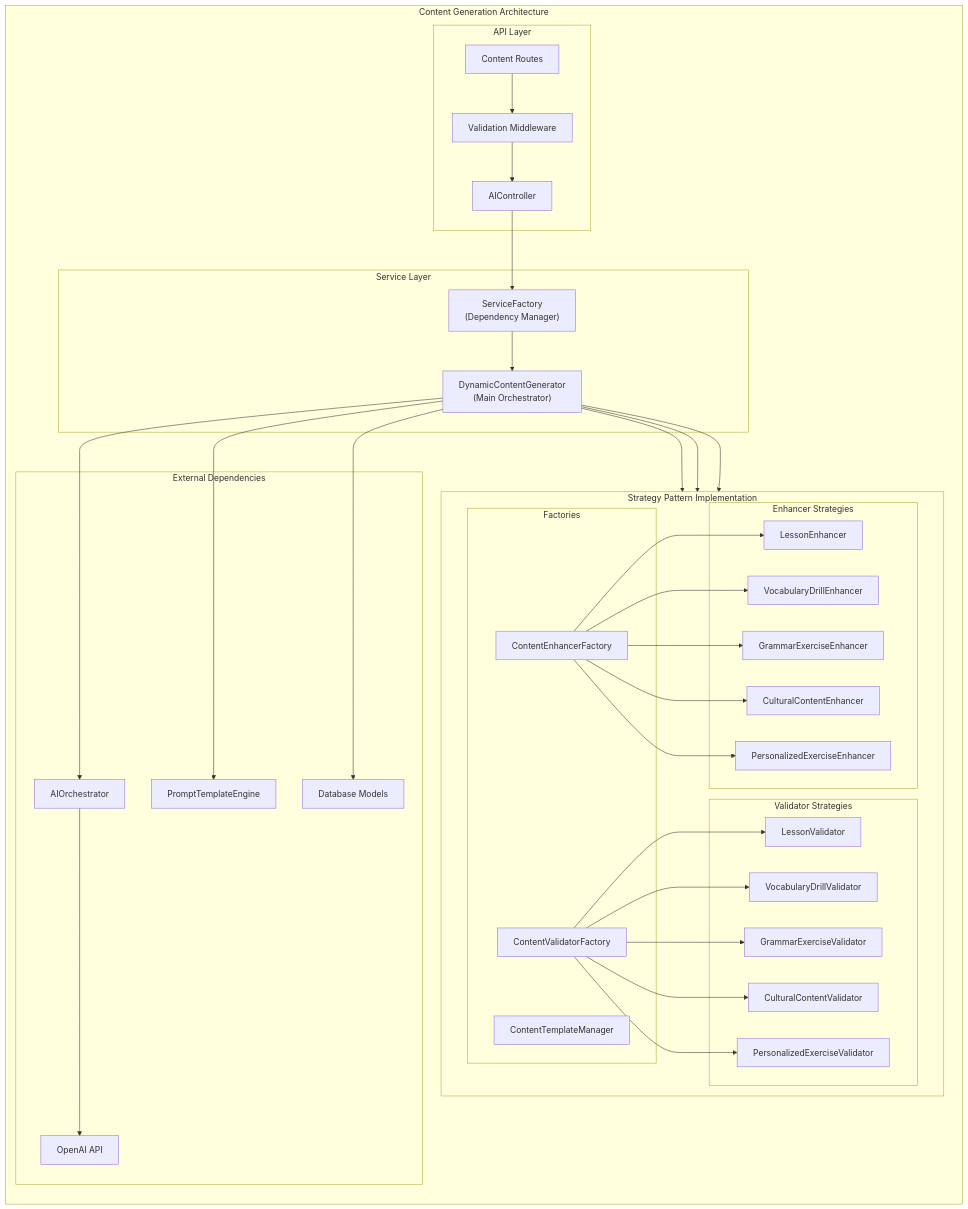
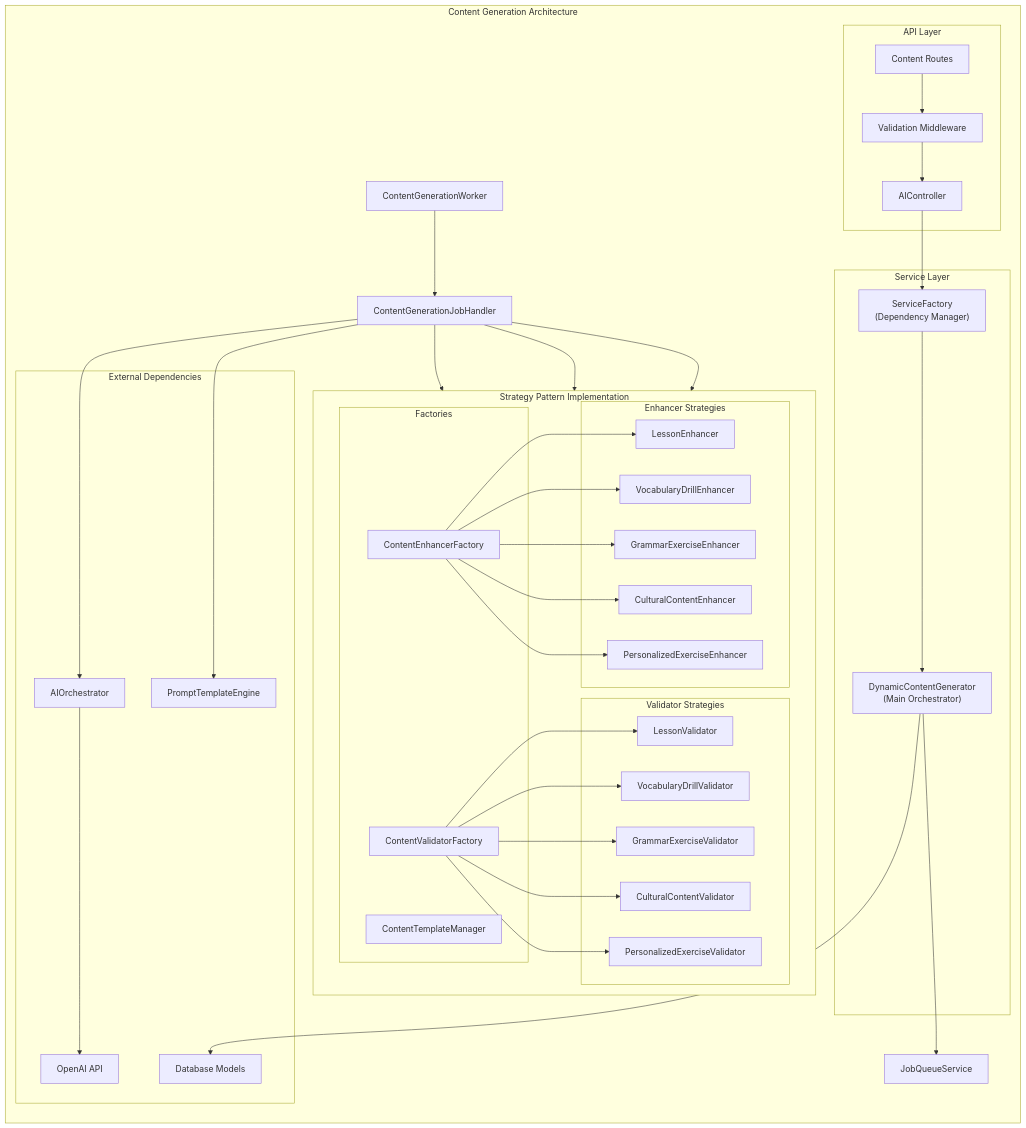
The third of 3 diagrams in docs/development_docs/tasks/phase-3_AI_integration/3-1-B-6-architecture-documentation.md (niklas-joh/french-learning-platform), drawn with Mermaid before and after one commit. The commit also changed other lines of this file and 2 other files, not shown here.

First line of the commit message:
docs(tracking): update task status and architecture diagrams

````diff
--- a/docs/development_docs/tasks/phase-3_AI_integration/3-1-B-6-architecture-documentation.md
+++ b/docs/development_docs/tasks/phase-3_AI_integration/3-1-B-6-architecture-documentation.md
@@ -458,80 +471,82 @@
 ```mermaid
 graph TB
     subgraph "Content Generation Architecture"
         direction TB
         
         subgraph "API Layer"
             AIController["AIController"]
             ContentRoutes["Content Routes"]
             ValidationMiddleware["Validation Middleware"]
         end
 
         subgraph "Service Layer"
             DynamicContentGenerator["DynamicContentGenerator<br/>(Main Orchestrator)"]
             ServiceFactory["ServiceFactory<br/>(Dependency Manager)"]
         end
 
         subgraph "Strategy Pattern Implementation"
             direction LR
             
             subgraph "Factories"
                 ValidatorFactory["ContentValidatorFactory"]
                 EnhancerFactory["ContentEnhancerFactory"]
                 TemplateManager["ContentTemplateManager"]
             end
 
             subgraph "Validator Strategies"
                 LessonVal["LessonValidator"]
                 VocabVal["VocabularyDrillValidator"]
                 GrammarVal["GrammarExerciseValidator"]
                 CulturalVal["CulturalContentValidator"]
                 PersonalVal["PersonalizedExerciseValidator"]
             end
 
             subgraph "Enhancer Strategies"
                 LessonEnh["LessonEnhancer"]
                 VocabEnh["VocabularyDrillEnhancer"]
                 GrammarEnh["GrammarExerciseEnhancer"]
                 CulturalEnh["CulturalContentEnhancer"]
                 PersonalEnh["PersonalizedExerciseEnhancer"]
             end
         end
 
         subgraph "External Dependencies"
             AIOrchestrator["AIOrchestrator"]
             PromptEngine["PromptTemplateEngine"]
             Database["Database Models"]
             OpenAI["OpenAI API"]
         end
 
         %% API Layer connections
         ContentRoutes --> ValidationMiddleware
         ValidationMiddleware --> AIController
         AIController --> ServiceFactory
 
         %% Service Layer connections
         ServiceFactory --> DynamicContentGenerator
-        DynamicContentGenerator --> ValidatorFactory
-        DynamicContentGenerator --> EnhancerFactory
-        DynamicContentGenerator --> TemplateManager
-        DynamicContentGenerator --> AIOrchestrator
-        DynamicContentGenerator --> PromptEngine
+        DynamicContentGenerator --> JobQueueService
+        ContentGenerationWorker --> ContentGenerationJobHandler
+        ContentGenerationJobHandler --> ValidatorFactory
+        ContentGenerationJobHandler --> EnhancerFactory
+        ContentGenerationJobHandler --> TemplateManager
+        ContentGenerationJobHandler --> AIOrchestrator
+        ContentGenerationJobHandler --> PromptEngine
 
         %% Factory connections
         ValidatorFactory --> LessonVal
         ValidatorFactory --> VocabVal
         ValidatorFactory --> GrammarVal
         ValidatorFactory --> CulturalVal
         ValidatorFactory --> PersonalVal
 
         EnhancerFactory --> LessonEnh
         EnhancerFactory --> VocabEnh
         EnhancerFactory --> GrammarEnh
         EnhancerFactory --> CulturalEnh
         EnhancerFactory --> PersonalEnh
 
         %% External dependencies
         AIOrchestrator --> OpenAI
         DynamicContentGenerator --> Database
     end
 ```
````
